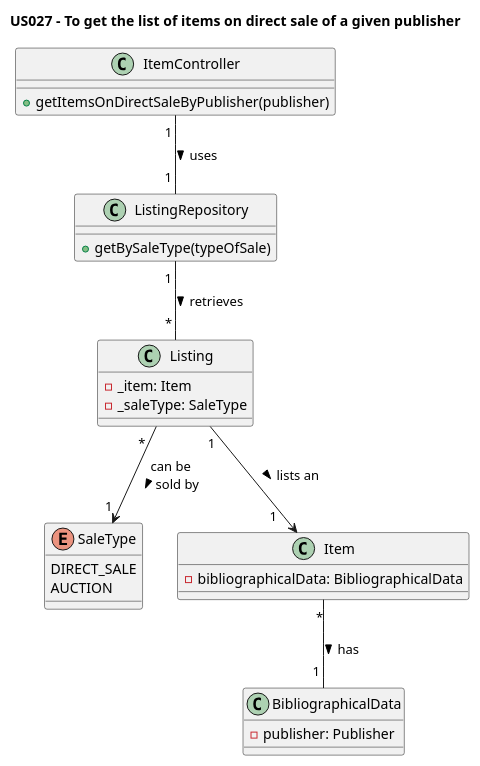
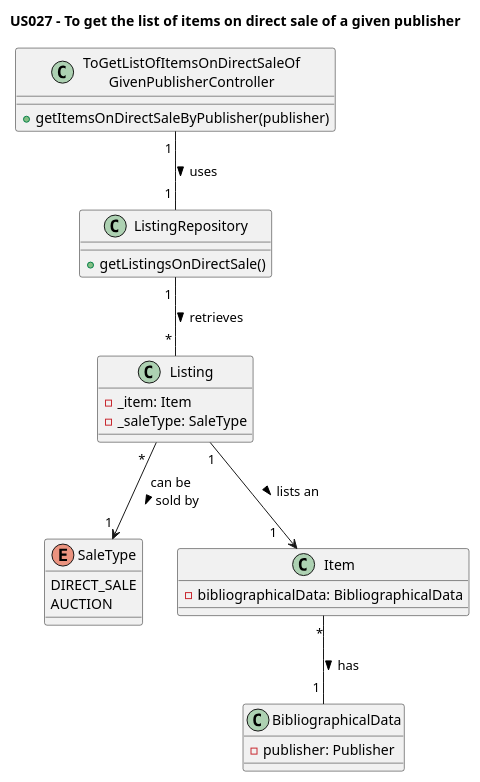
Before and after one commit to AndrePereiraGitH/SWitCH-Project-Team_A: the diagram in Diagrams/ClassDiagrams/US027-to-get-list-of-items-on-direct-sale-of-given-publisher.puml, drawn with PlantUML. The commit also changed 3 other files, not shown here.

```diff
--- a/Diagrams/ClassDiagrams/US027-to-get-list-of-items-on-direct-sale-of-given-publisher.puml
+++ b/Diagrams/ClassDiagrams/US027-to-get-list-of-items-on-direct-sale-of-given-publisher.puml
@@ -1,38 +1,38 @@
 @startuml
 title US027 - To get the list of items on direct sale of a given publisher
 
-class ItemController {
+class ToGetListOfItemsOnDirectSaleOf\nGivenPublisherController {
   +getItemsOnDirectSaleByPublisher(publisher)
 }
 
 class ListingRepository {
-  +getBySaleType(typeOfSale)
+  +getListingsOnDirectSale()
 }
 
 class Listing {
   - _item: Item
   - _saleType: SaleType
 }
 
 enum SaleType {
     DIRECT_SALE
     AUCTION
 }
 
 class Item {
     - bibliographicalData: BibliographicalData
 }
 
 class BibliographicalData {
     - publisher: Publisher
     }
 
 ' Interactions
 
-ItemController  "1 " -- "1 " ListingRepository : uses >
+ToGetListOfItemsOnDirectSaleOf\nGivenPublisherController  "1 " -- "1 " ListingRepository : uses >
 ListingRepository "1 " -- " * " Listing : retrieves >
 Listing "                                *" --> "1 " SaleType : can be\nsold by >
 Listing "1"--> "1    " Item : lists an >
 Item "*" -- "1 " BibliographicalData: has >
 
 @enduml
```
